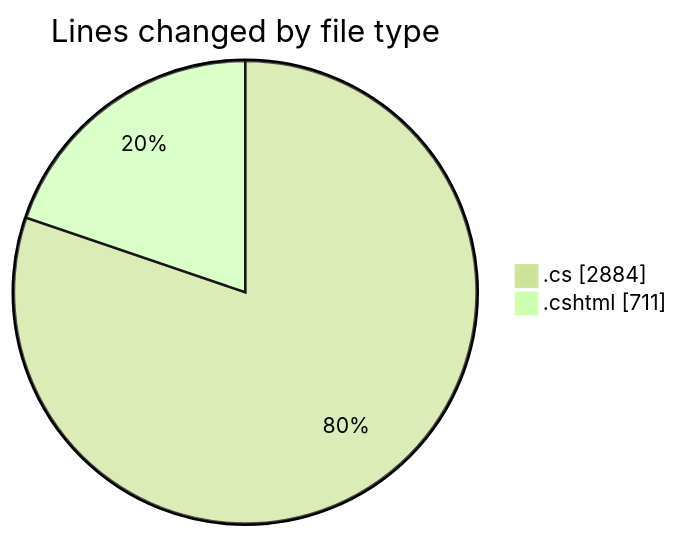
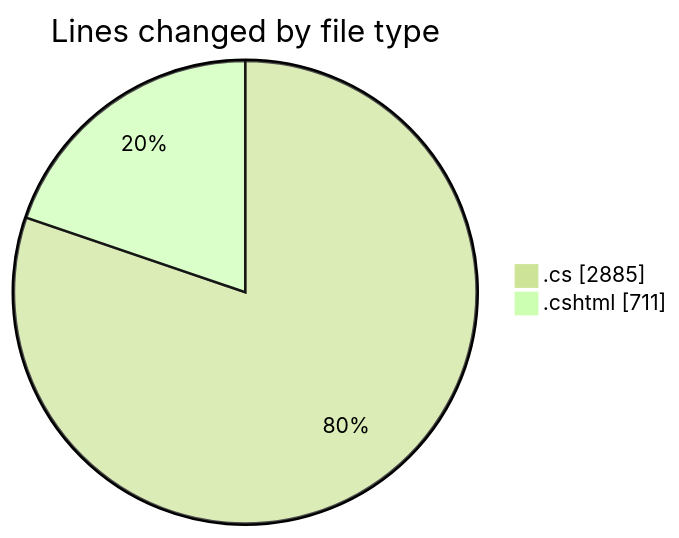
The first of 2 diagrams in 2025-07-15/nhahang/README.md (lephambinh05/code-tracking), drawn with Mermaid (forest theme) before and after one commit. The commit also changed other lines of this file and 1 other file, not shown here.

````diff
--- a/2025-07-15/nhahang/README.md
+++ b/2025-07-15/nhahang/README.md
@@ -79,6 +79,6 @@
 ```mermaid
 pie showData
 title Lines changed by file type
-".cs" : 2884
+".cs" : 2885
 ".cshtml" : 711
 ```
````
